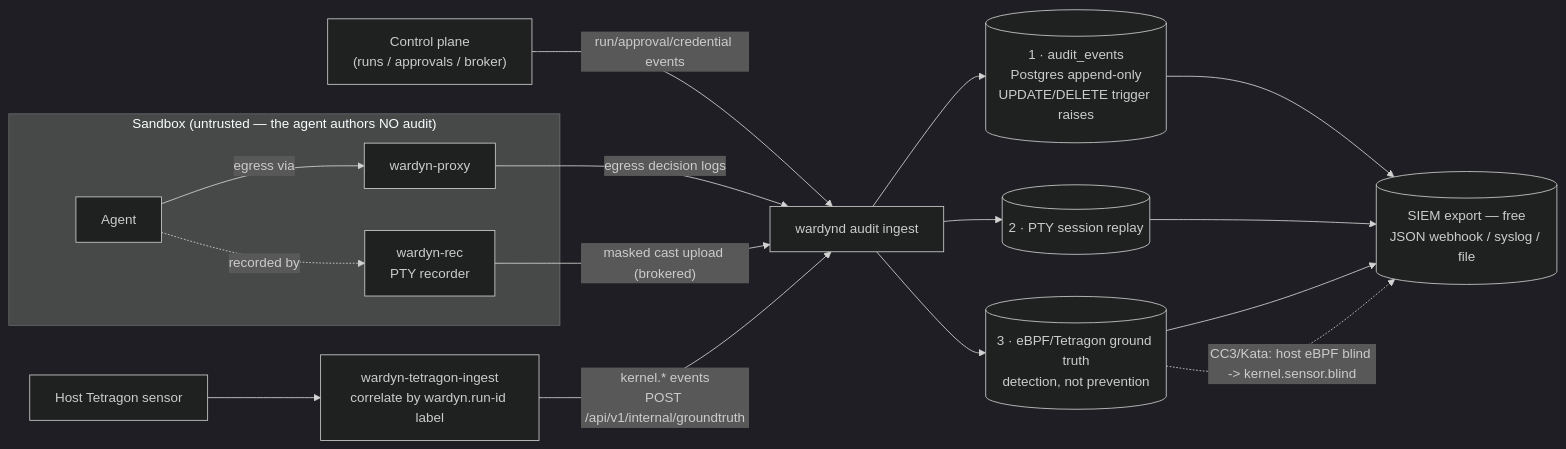
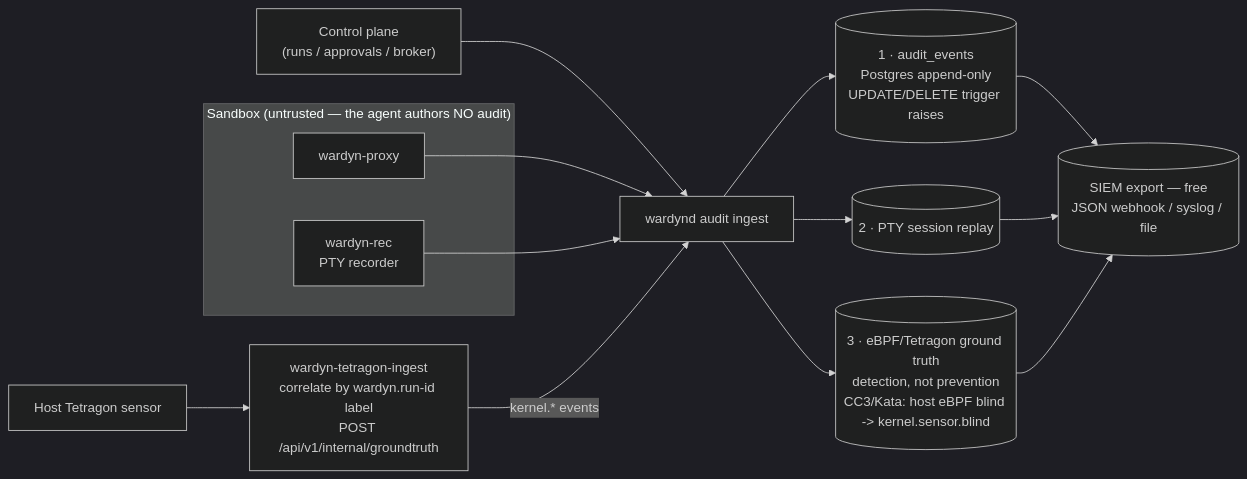
The third of 3 diagrams in threatmodel/THREAT-MODEL.md (cjohnstoniv/wardyn), drawn with Mermaid (dark theme) before and after one commit. The commit also changed other lines of this file and 42 other files, not shown here.

````diff
--- a/threatmodel/THREAT-MODEL.md
+++ b/threatmodel/THREAT-MODEL.md
@@ -702,22 +756,18 @@
 ```mermaid
 flowchart LR
   subgraph sb["Sandbox (untrusted — the agent authors NO audit)"]
-    agent["Agent"]
     rec["wardyn-rec<br/>PTY recorder"]
     proxy["wardyn-proxy"]
-    agent -.->|"recorded by"| rec
-    agent -->|"egress via"| proxy
   end
-  host["Host Tetragon sensor"] --> ingest["wardyn-tetragon-ingest<br/>correlate by wardyn.run-id label"]
-  cp["Control plane<br/>(runs / approvals / broker)"] -->|"run/approval/credential events"| api["wardynd audit ingest"]
-  proxy -->|"egress decision logs"| api
-  rec -->|"masked cast upload (brokered)"| api
-  ingest -->|"kernel.* events<br/>POST /api/v1/internal/groundtruth"| api
+  host["Host Tetragon sensor"] --> ingest["wardyn-tetragon-ingest<br/>correlate by wardyn.run-id label<br/>POST /api/v1/internal/groundtruth"]
+  cp["Control plane<br/>(runs / approvals / broker)"] --> api["wardynd audit ingest"]
+  proxy --> api
+  rec --> api
+  ingest -->|"kernel.* events"| api
   api --> s1[("1 · audit_events<br/>Postgres append-only<br/>UPDATE/DELETE trigger raises")]
   api --> s2[("2 · PTY session replay")]
-  api --> s3[("3 · eBPF/Tetragon ground truth<br/>detection, not prevention")]
+  api --> s3[("3 · eBPF/Tetragon ground truth<br/>detection, not prevention<br/>CC3/Kata: host eBPF blind -> kernel.sensor.blind")]
   s1 --> siem[("SIEM export — free<br/>JSON webhook / syslog / file")]
   s2 --> siem
   s3 --> siem
-  s3 -.->|"CC3/Kata: host eBPF blind -> kernel.sensor.blind"| siem
 ```
````
